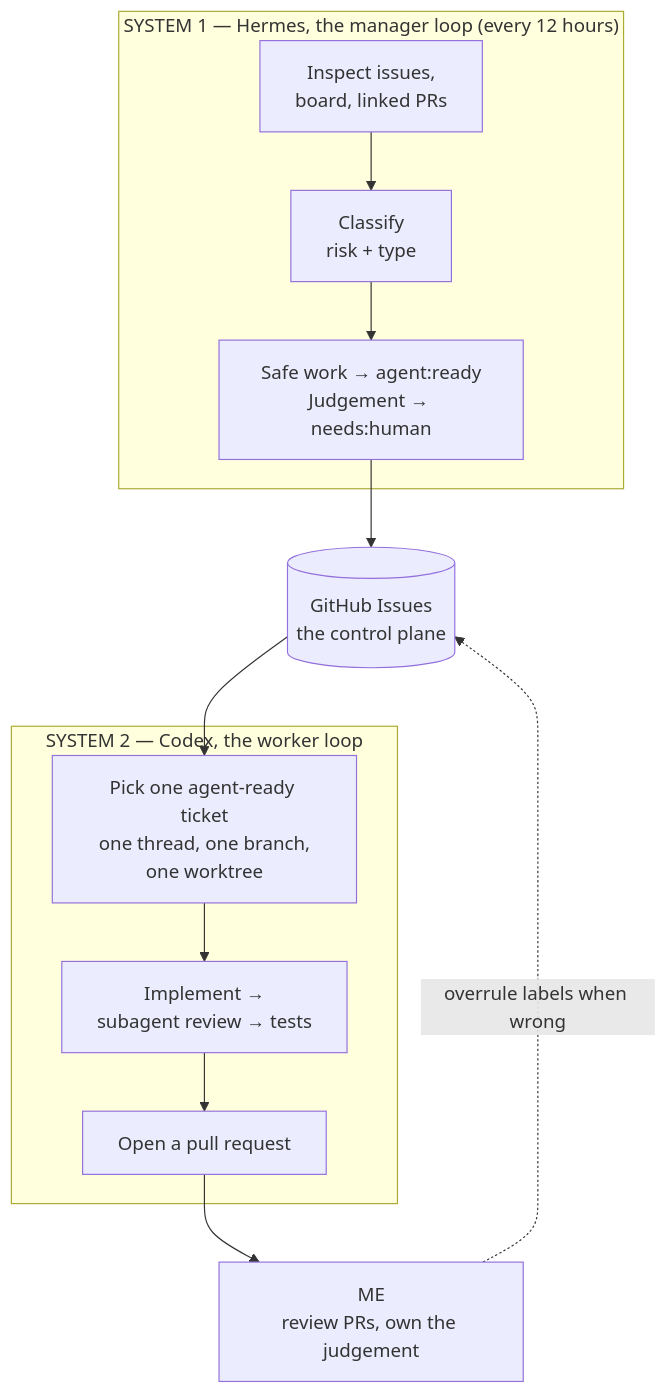
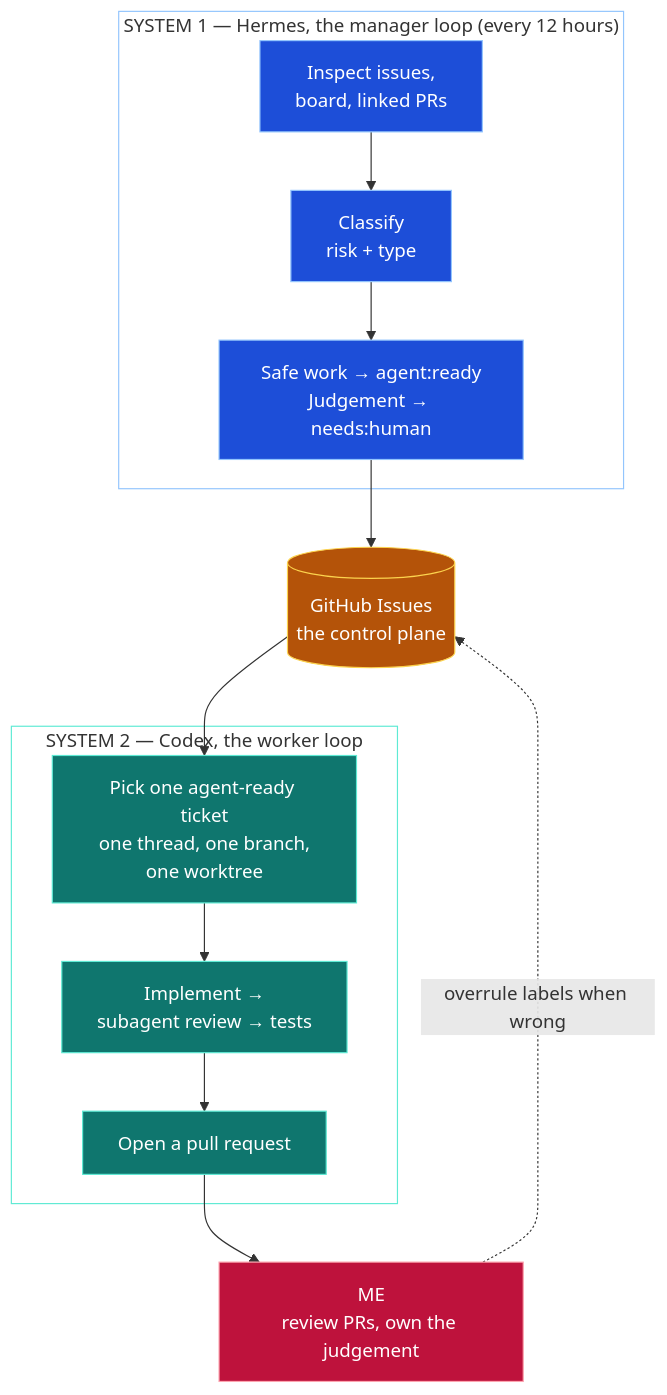
One commit to owainlewis/youtube-tutorials changed the fifth of 8 diagrams in tutorials/loop-engineering/README.md. Above: the diagram before and after it, drawn with Mermaid. The commit also changed other lines of this file, not shown here.

Commit message:
docs: color mermaid diagrams for dark mode readability

````diff
--- a/tutorials/loop-engineering/README.md
+++ b/tutorials/loop-engineering/README.md
@@ -201,15 +229,26 @@
 ```mermaid
 graph TB
     subgraph OUTER["SYSTEM 1 — Hermes, the manager loop (every 12 hours)"]
         A[Inspect issues,<br/>board, linked PRs] --> B[Classify<br/>risk + type]
         B --> C[Safe work → agent:ready<br/>Judgement → needs:human]
     end
     C --> GH[(GitHub Issues<br/>the control plane)]
     GH --> D
     subgraph INNER["SYSTEM 2 — Codex, the worker loop"]
         D[Pick one agent-ready ticket<br/>one thread, one branch,<br/>one worktree] --> E[Implement →<br/>subagent review → tests]
         E --> F[Open a pull request]
     end
     F --> ME[ME<br/>review PRs, own the judgement]
     ME -.overrule labels when wrong.-> GH
+
+    classDef manager fill:#1d4ed8,stroke:#93c5fd,color:#ffffff
+    classDef worker fill:#0f766e,stroke:#5eead4,color:#ffffff
+    classDef state fill:#b45309,stroke:#fcd34d,color:#ffffff
+    classDef human fill:#be123c,stroke:#fda4af,color:#ffffff
+    class A,B,C manager
+    class D,E,F worker
+    class GH state
+    class ME human
+    style OUTER fill:none,stroke:#93c5fd
+    style INNER fill:none,stroke:#5eead4
 ```
````
